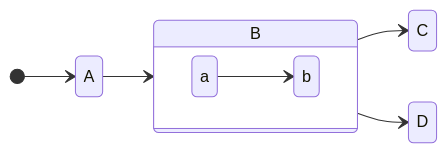
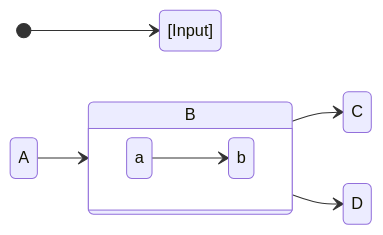
One commit to setrar/dsp changed the third of 3 diagrams in plan/README.md. Above: the diagram before and after it, drawn with Mermaid.

````diff
--- a/plan/README.md
+++ b/plan/README.md
@@ -28,12 +28,12 @@
 ```mermaid
 stateDiagram
     direction LR
-    [*] --> A
+    [*] -->[Input] A
     A --> B
     B --> C
     state B {
       direction LR
       a --> b
     }
     B --> D
 ```
````
